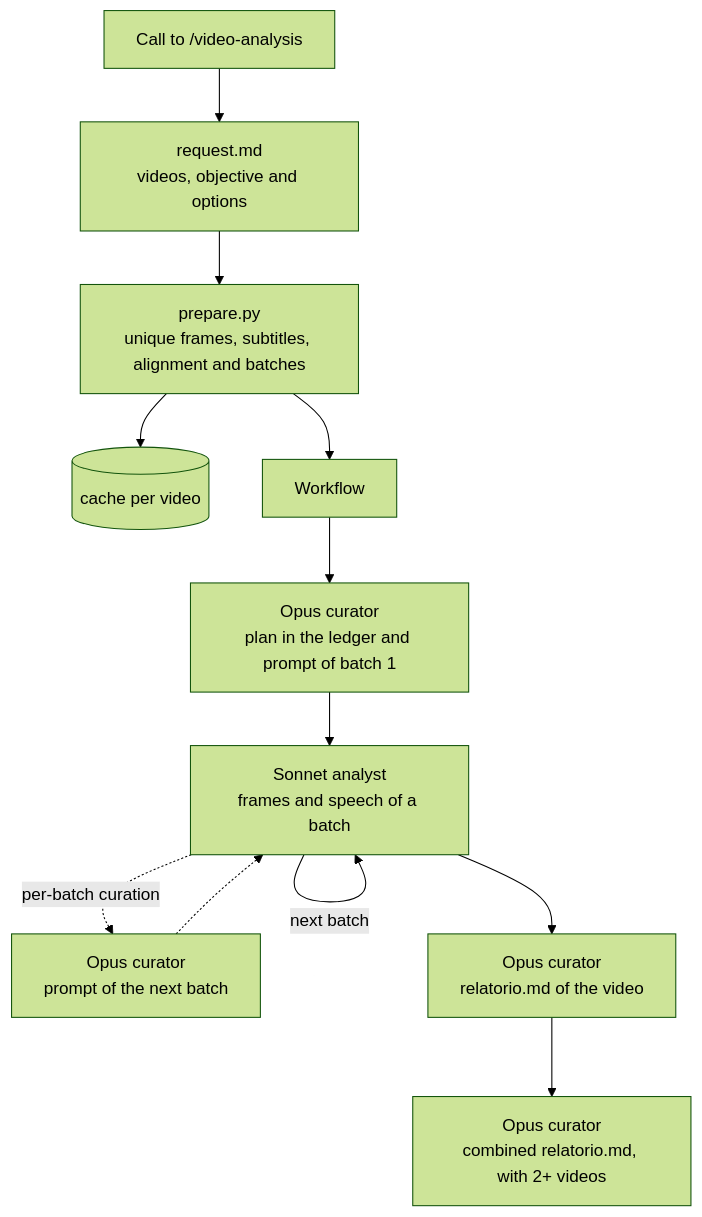
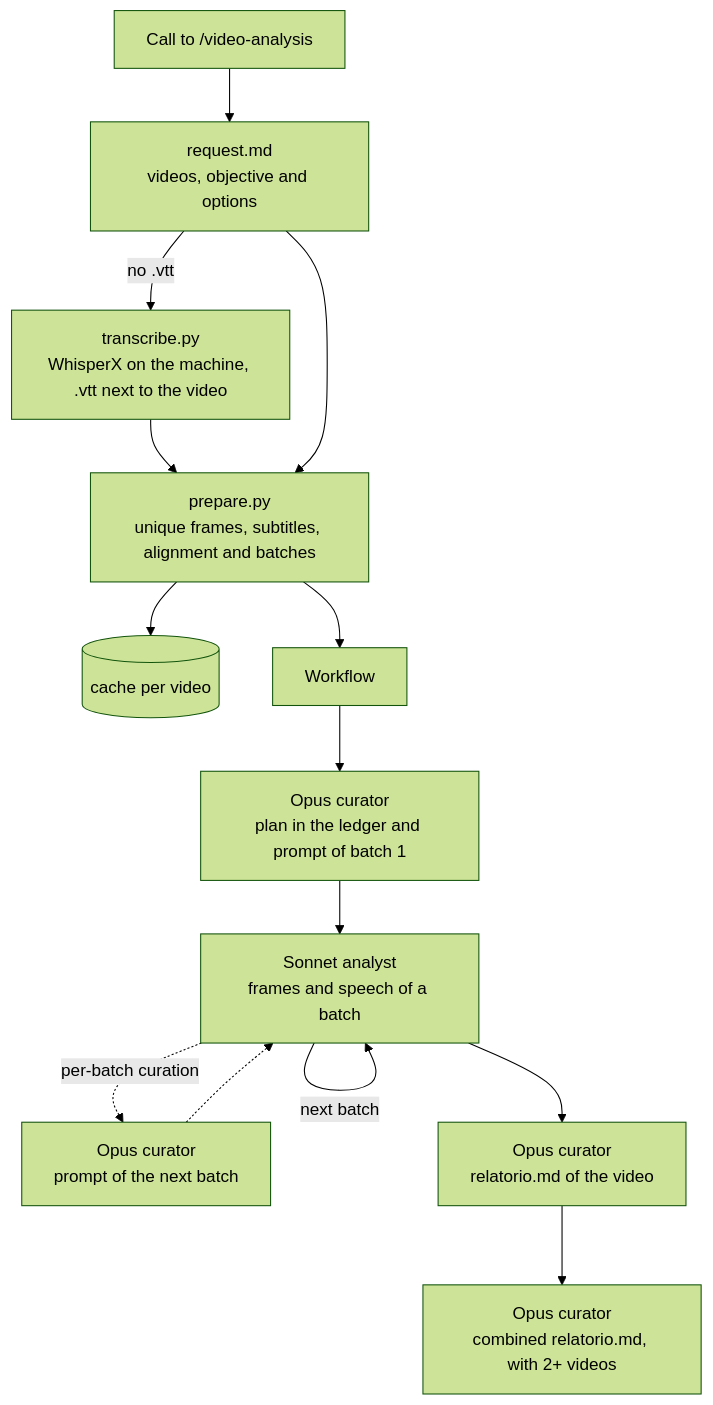
The diagram in README.md (rmmaf/video-analysis-skill), drawn with Mermaid (forest theme) before and after one commit. The commit also changed other lines of this file and 28 other files, not shown here.

````diff
--- a/README.md
+++ b/README.md
@@ -47,14 +56,16 @@
 ```mermaid
 flowchart TD
     A["Call to /video-analysis"] --> B["request.md<br/>videos, objective and options"]
+    B -->|"no .vtt"| T["transcribe.py<br/>WhisperX on the machine, .vtt next to the video"]
+    T --> C
     B --> C["prepare.py<br/>unique frames, subtitles, alignment and batches"]
     C --> D[("cache per video")]
     C --> E["Workflow"]
     E --> F["Opus curator<br/>plan in the ledger and prompt of batch 1"]
     F --> G["Sonnet analyst<br/>frames and speech of a batch"]
     G -->|"next batch"| G
     G -.->|"per-batch curation"| H["Opus curator<br/>prompt of the next batch"]
     H -.-> G
     G --> I["Opus curator<br/>relatorio.md of the video"]
     I --> J["Opus curator<br/>combined relatorio.md, with 2+ videos"]
 ```
````
